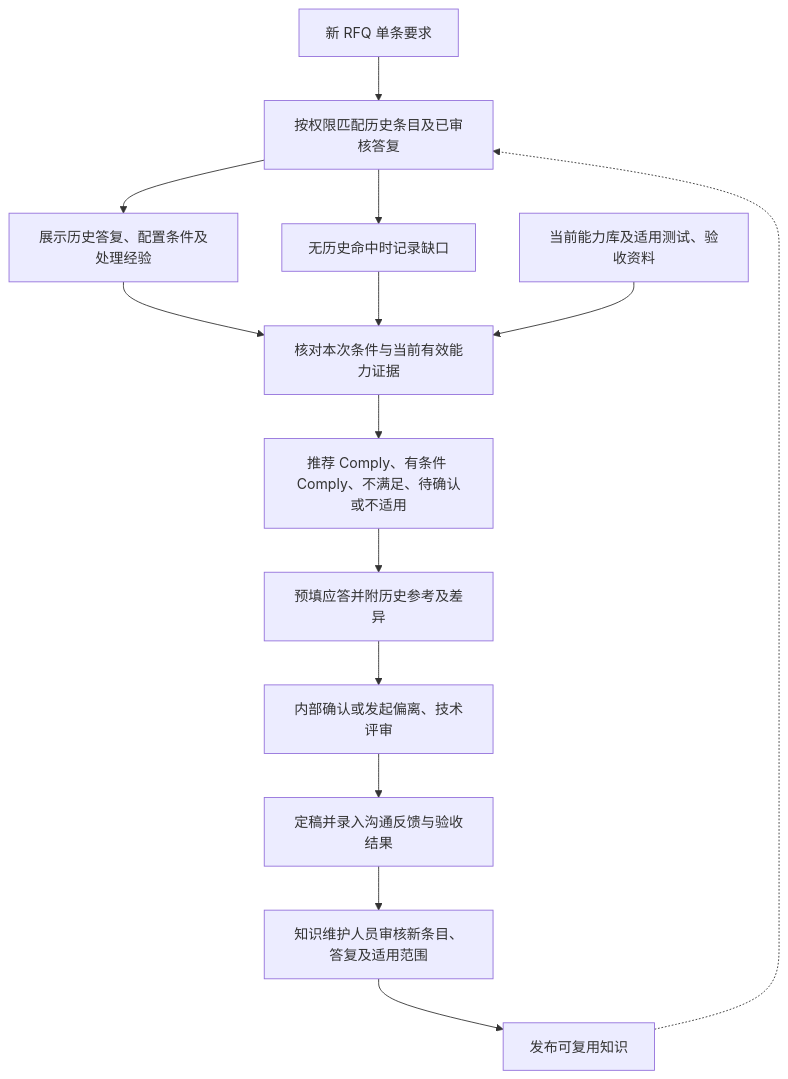
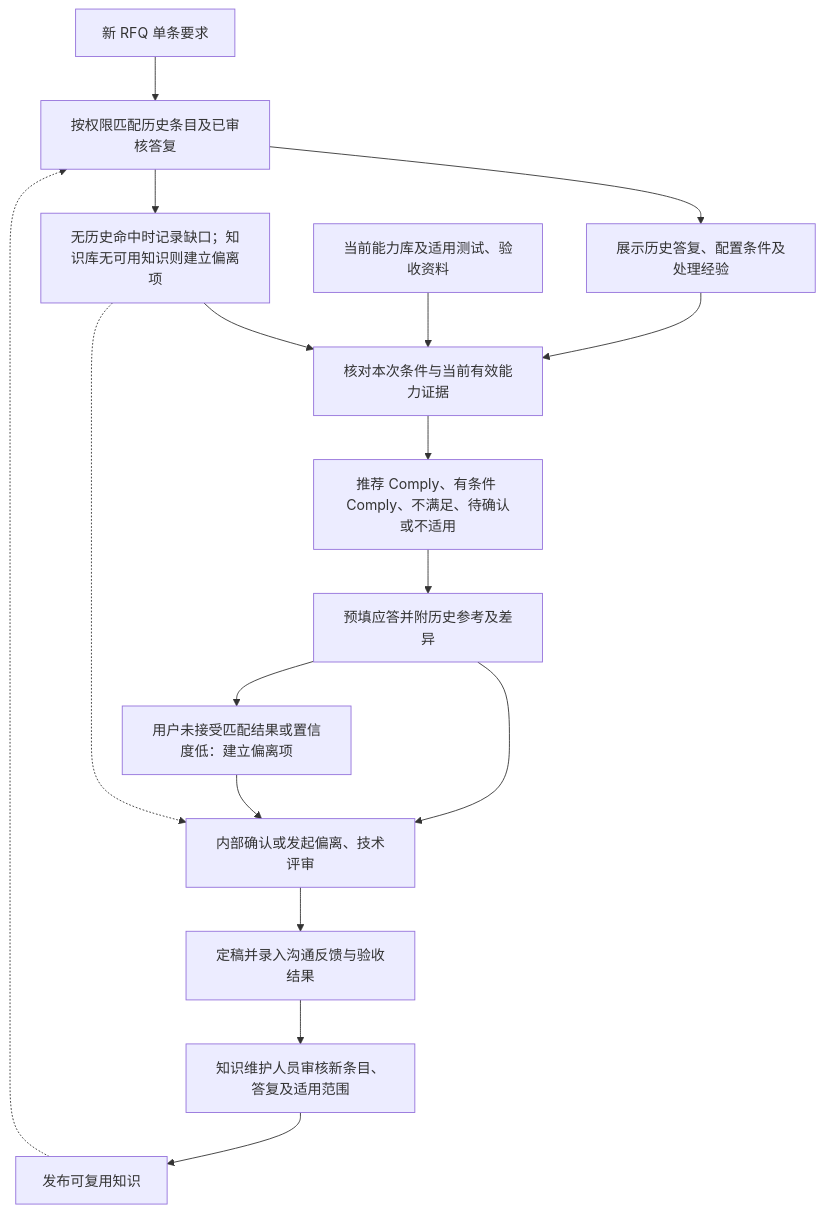
Before and after one commit to mingming11115/fep-rfq-agent: the second of 4 diagrams in FEP销售RFQ提效Agent_PRD_v0.2.md, drawn with Mermaid. The commit also changed other lines of this file and 4 other files, not shown here.

````diff
--- a/FEP销售RFQ提效Agent_PRD_v0.2.md
+++ b/FEP销售RFQ提效Agent_PRD_v0.2.md
@@ -633,16 +645,19 @@
 ```mermaid
 flowchart TD
     A["新 RFQ 单条要求"] --> B["按权限匹配历史条目及已审核答复"]
     B --> C["展示历史答复、配置条件及处理经验"]
-    B --> D["无历史命中时记录缺口"]
+    B --> D["无历史命中时记录缺口；知识库无可用知识则建立偏离项"]
     C --> E["核对本次条件与当前有效能力证据"]
     D --> E
     K["当前能力库及适用测试、验收资料"] --> E
     E --> F["推荐 Comply、有条件 Comply、不满足、待确认或不适用"]
     F --> G["预填应答并附历史参考及差异"]
     G --> H["内部确认或发起偏离、技术评审"]
+    G --> M["用户未接受匹配结果或置信度低：建立偏离项"]
+    M --> H
+    D -.-> H
     H --> I["定稿并录入沟通反馈与验收结果"]
     I --> J["知识维护人员审核新条目、答复及适用范围"]
     J --> L["发布可复用知识"]
     L -.-> B
 ```
````
